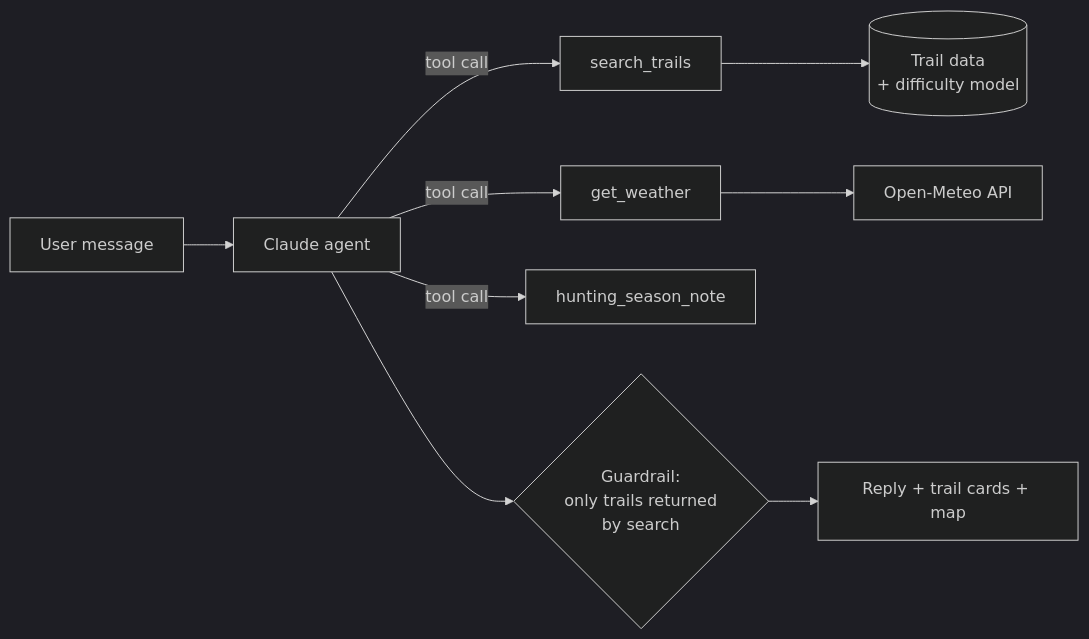
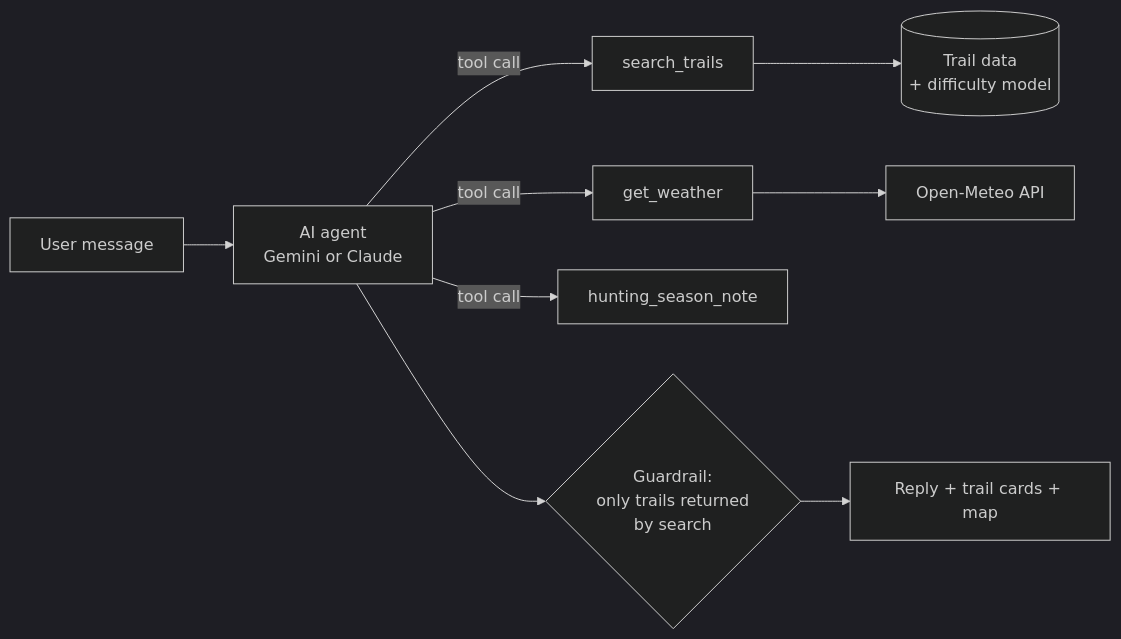
The diagram in README.md (Zihan64/HikingPSU), drawn with Mermaid (dark theme) before and after one commit. The commit also changed other lines of this file and 8 other files, not shown here.

First line of the commit message:
Switchable LLM: Gemini by default, Claude optional

````diff
--- a/README.md
+++ b/README.md
@@ -176,11 +176,11 @@
 ```mermaid
 flowchart LR
-    U[User message] --> A[Claude agent]
+    U[User message] --> A[AI agent<br/>Gemini or Claude]
     A -- tool call --> S[search_trails]
     A -- tool call --> W[get_weather]
     A -- tool call --> H[hunting_season_note]
     S --> DB[(Trail data<br/>+ difficulty model)]
     W --> OM[Open-Meteo API]
     A --> G{Guardrail:<br/>only trails returned<br/>by search}
     G --> R[Reply + trail cards + map]
 ```
````
